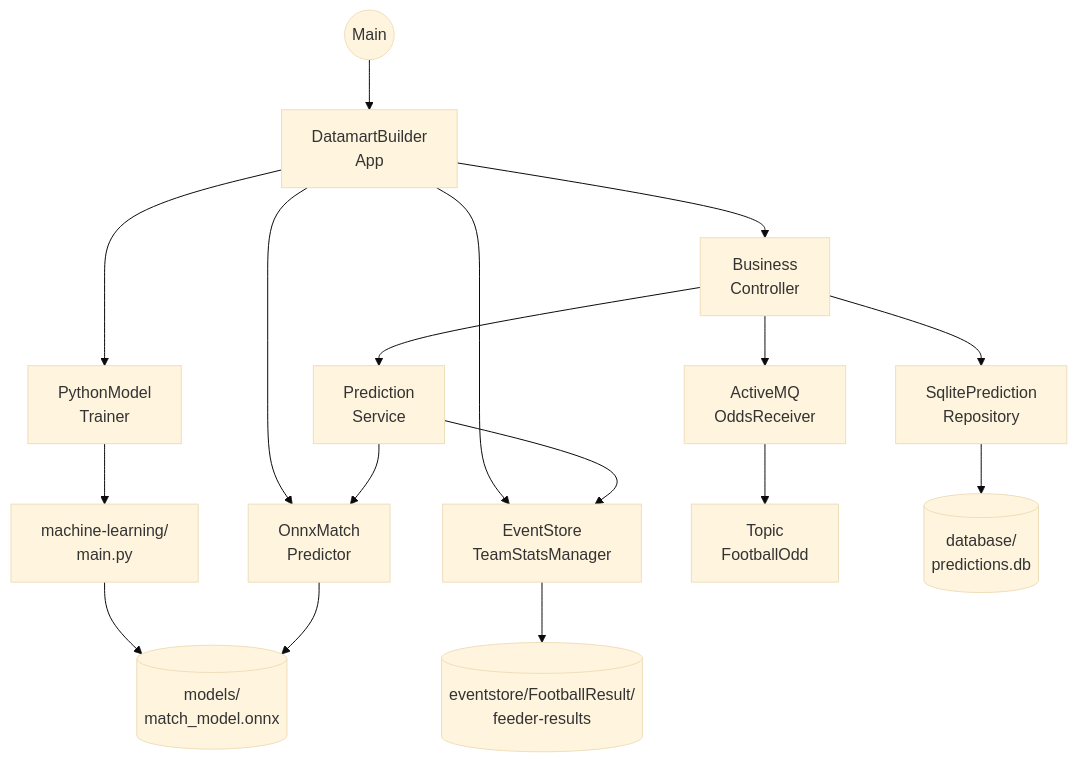
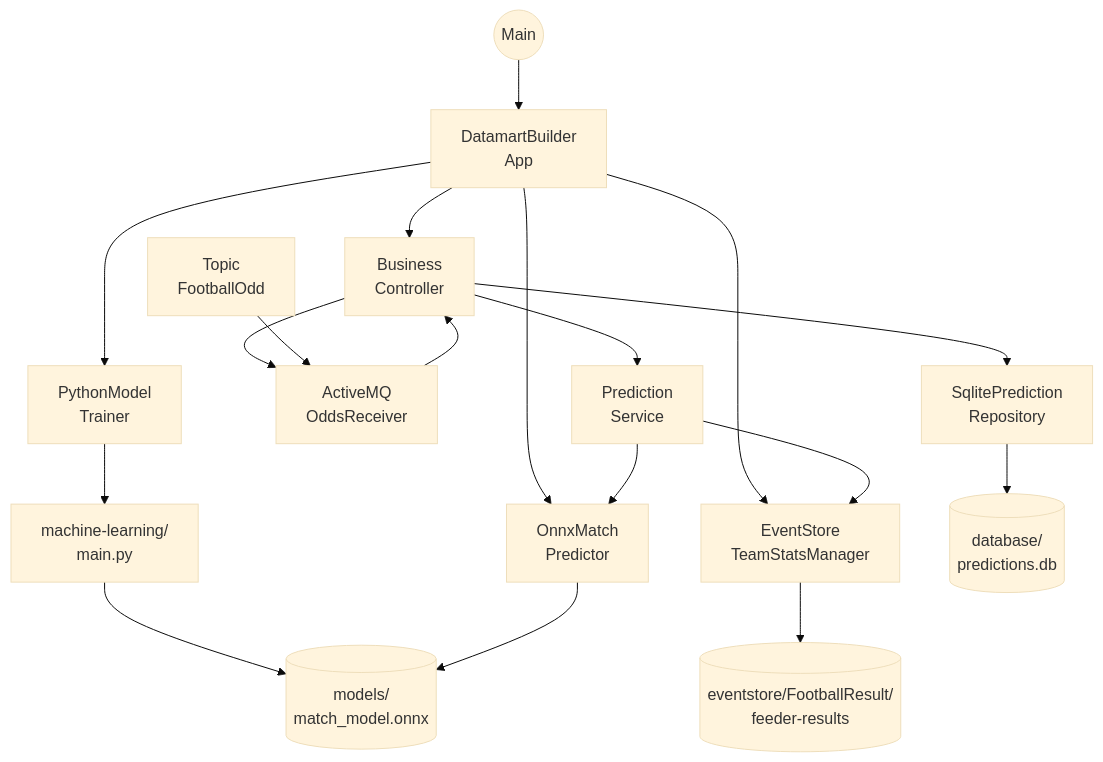
The sixth of 7 diagrams in README.md (ULPGCProyectoDACD/CuotasEnDeporteDACD), drawn with Mermaid (base theme) before and after one commit.

Commit message:
Revise component connections in architecture diagram

````diff
--- a/README.md
+++ b/README.md
@@ -625,19 +625,20 @@
 ```mermaid
 flowchart TD
     Main(("Main")) --> App["DatamartBuilder<br/>App"]
     App --> Trainer["PythonModel<br/>Trainer"]
     Trainer --> Python["machine-learning/<br/>main.py"]
     Python --> Model[("models/<br/>match_model.onnx")]
     App --> Stats["EventStore<br/>TeamStatsManager"]
     Stats --> EventStore[("eventstore/FootballResult/<br/>feeder-results")]
     App --> Predictor["OnnxMatch<br/>Predictor"]
     Predictor --> Model
     App --> Controller["Business<br/>Controller"]
     Controller --> Receiver["ActiveMQ<br/>OddsReceiver"]
-    Receiver --> Broker["Topic<br/>FootballOdd"]
+    Broker["Topic<br/>FootballOdd"] --> Receiver
+    Receiver --> Controller
     Controller --> Service["Prediction<br/>Service"]
     Service --> Predictor
     Service --> Stats
     Controller --> Repository["SqlitePrediction<br/>Repository"]
     Repository --> DB[("database/<br/>predictions.db")]
 ```
````
